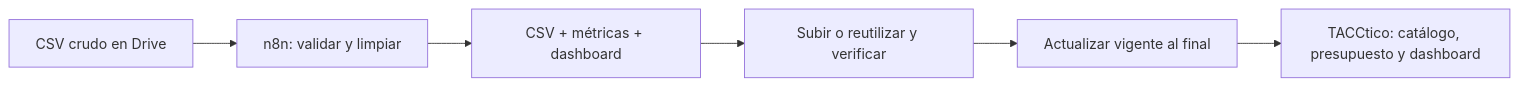
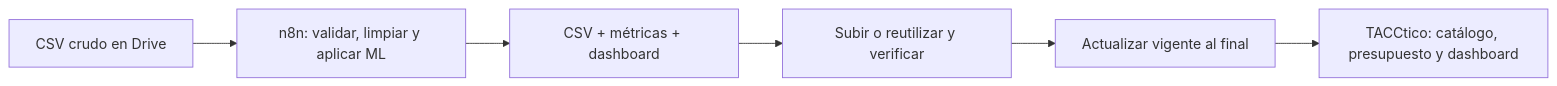
The diagram in n8n/README.md (Tomas-Gonzalez01/TACCtico), drawn with Mermaid before and after one commit. The commit also changed other lines of this file and 9 other files, not shown here.

````diff
--- a/n8n/README.md
+++ b/n8n/README.md
@@ -5,8 +5,8 @@
 ```mermaid
 flowchart LR
-    A[CSV crudo en Drive] --> B[n8n: validar y limpiar]
+    A[CSV crudo en Drive] --> B[n8n: validar, limpiar y aplicar ML]
     B --> C[CSV + métricas + dashboard]
     C --> D[Subir o reutilizar y verificar]
     D --> E[Actualizar vigente al final]
     E --> F[TACCtico: catálogo, presupuesto y dashboard]
 ```
````
